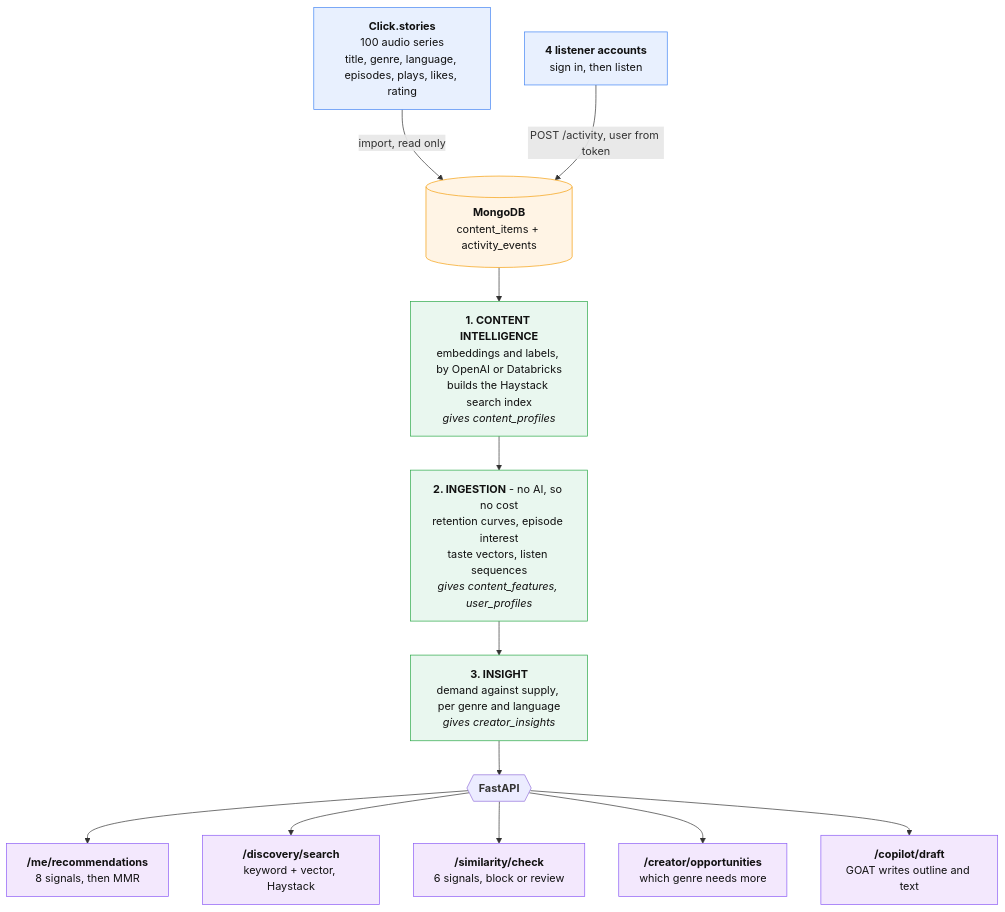
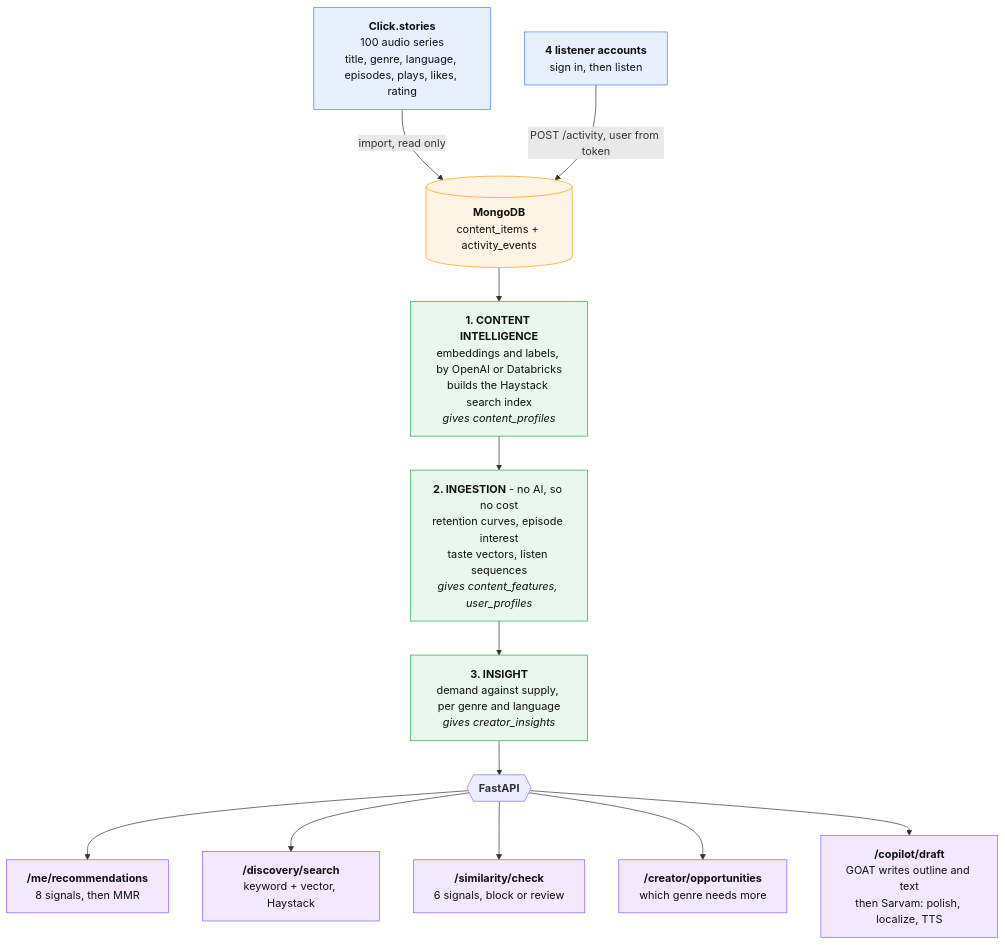
The first of 3 diagrams in README.md (OctoTechHub/PocketTaste), drawn with Mermaid before and after one commit. The commit also changed other lines of this file, not shown here.

Commit message:
docs: Document Sarvam AI finishing stage in README

````diff
--- a/README.md
+++ b/README.md
@@ -19,33 +19,33 @@
 ```mermaid
 flowchart TB
     CAT["<b>Click.stories</b><br/>100 audio series<br/>title, genre, language, episodes, plays, likes, rating"]
     LIS["<b>4 listener accounts</b><br/>sign in, then listen"]
     DB[("<b>MongoDB</b><br/>content_items + activity_events")]
 
     CAT -- "import, read only" --> DB
     LIS -- "POST /activity, user from token" --> DB
 
     DB --> A1
 
     A1["<b>1. CONTENT INTELLIGENCE</b><br/>embeddings and labels, by OpenAI or Databricks<br/>builds the Haystack search index<br/><i>gives content_profiles</i>"]
     A2["<b>2. INGESTION</b> - no AI, so no cost<br/>retention curves, episode interest<br/>taste vectors, listen sequences<br/><i>gives content_features, user_profiles</i>"]
     A3["<b>3. INSIGHT</b><br/>demand against supply, per genre and language<br/><i>gives creator_insights</i>"]
 
     A1 --> A2 --> A3 --> API
 
     API{{"<b>FastAPI</b>"}}
     API --> R1["<b>/me/recommendations</b><br/>8 signals, then MMR"]
     API --> R2["<b>/discovery/search</b><br/>keyword + vector, Haystack"]
     API --> R3["<b>/similarity/check</b><br/>6 signals, block or review"]
     API --> R4["<b>/creator/opportunities</b><br/>which genre needs more"]
-    API --> R5["<b>/copilot/draft</b><br/>GOAT writes outline and text"]
+    API --> R5["<b>/copilot/draft</b><br/>GOAT writes outline and text<br/>then Sarvam: polish, localize, TTS"]
 
     classDef src fill:#e8f0fe,stroke:#4285f4,color:#111
     classDef store fill:#fff4e5,stroke:#f59e0b,color:#111
     classDef agent fill:#e9f7ef,stroke:#28a745,color:#111
     classDef out fill:#f3e8fd,stroke:#8b5cf6,color:#111
     class CAT,LIS src
     class DB store
     class A1,A2,A3 agent
     class R1,R2,R3,R4,R5 out
 ```
````
